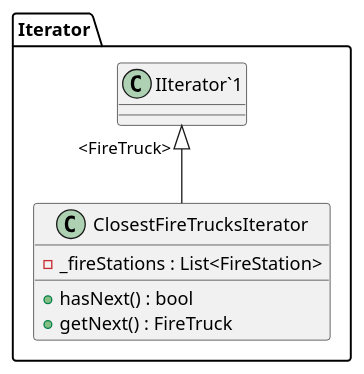
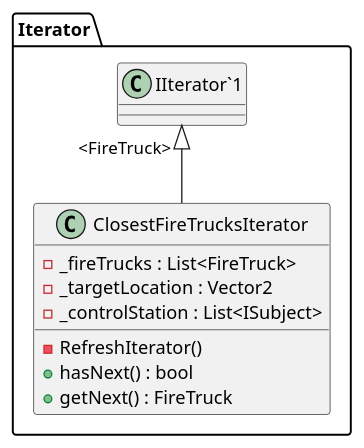
The diagram in TO_Lab_5/puml-classes/ClosestFireTrucksIterator.puml (john-bartu/cut-oot), drawn with PlantUML before and after one commit. The commit also changed 11 other files, not shown here.

Commit message:
Observer UML

```diff
--- a/TO_Lab_5/puml-classes/ClosestFireTrucksIterator.puml
+++ b/TO_Lab_5/puml-classes/ClosestFireTrucksIterator.puml
@@ -1,12 +1,16 @@
 @startuml
 
 package Iterator{
 class ClosestFireTrucksIterator {
-    - _fireStations : List<FireStation>
+    - _fireTrucks : List<FireTruck>
+    - _targetLocation : Vector2
+    - _controlStation : List<ISubject>
+    
+    - RefreshIterator()
     + hasNext() : bool
     + getNext() : FireTruck
 }
 "IIterator`1" "<FireTruck>" <|-- ClosestFireTrucksIterator
 
 }
 @enduml
```
